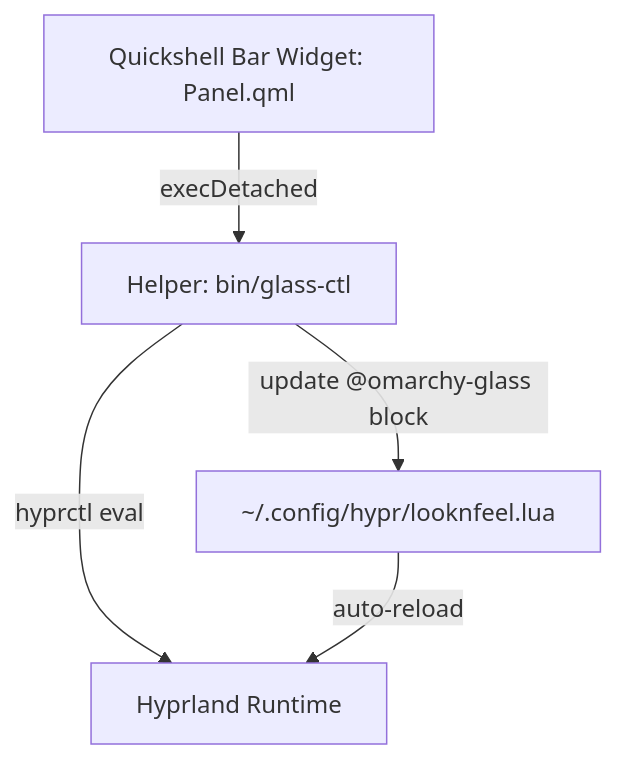
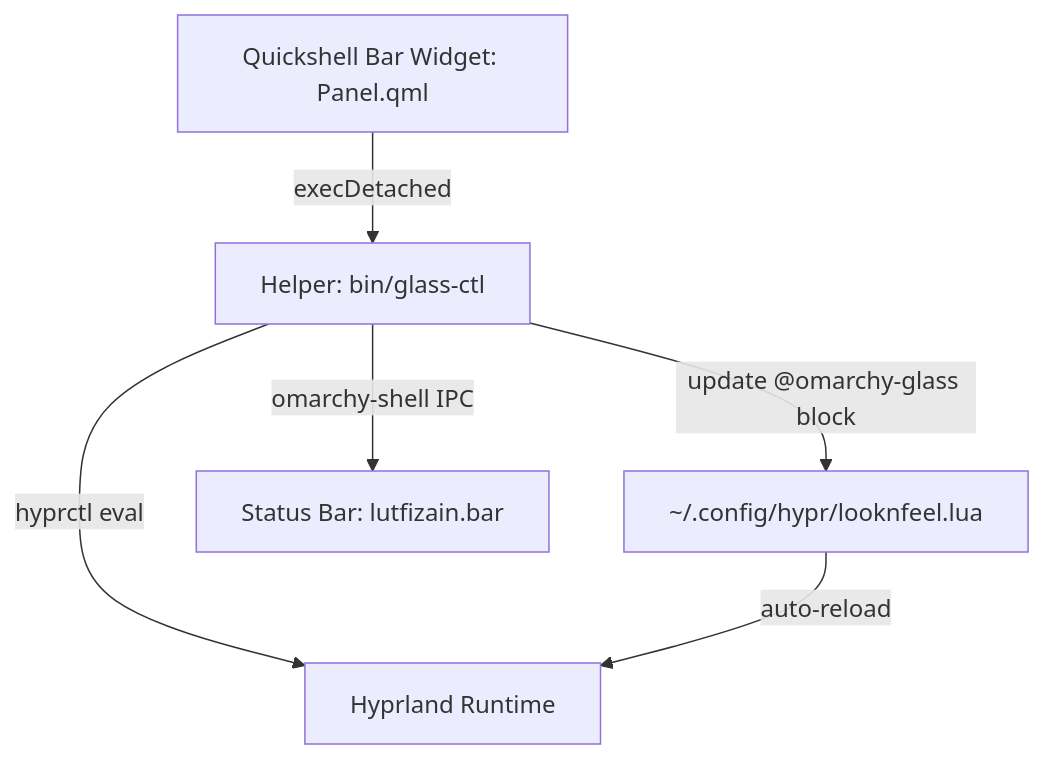
Before and after one commit to lutfi-zain/omarchy-glass-blur: the diagram in README.md, drawn with Mermaid. The commit also changed other lines of this file, not shown here.

Commit message:
docs: update README with Invert Bar Color, Custom Color, and IPC architecture

````diff
--- a/README.md
+++ b/README.md
@@ -15,7 +17,8 @@
 ```mermaid
 flowchart TD
     A[Quickshell Bar Widget: Panel.qml] -->|execDetached| B[Helper: bin/glass-ctl]
     B -->|hyprctl eval| C[Hyprland Runtime]
     B -->|update @omarchy-glass block| D[~/.config/hypr/looknfeel.lua]
+    B -->|omarchy-shell IPC| E[Status Bar: lutfizain.bar]
     D -->|auto-reload| C
 ```
````
